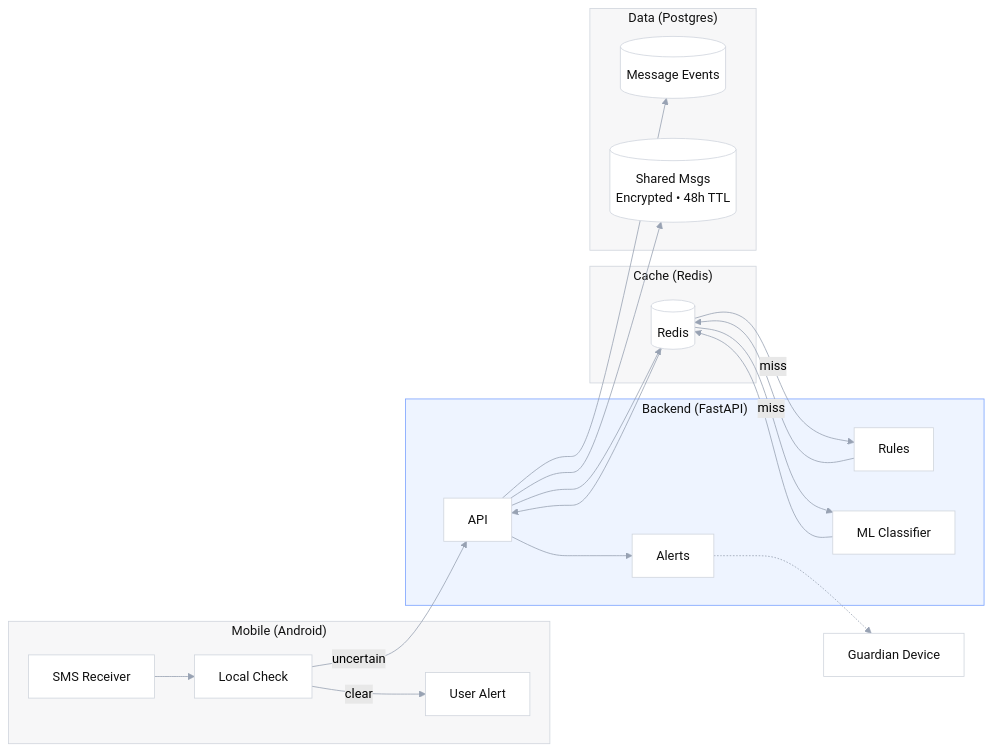
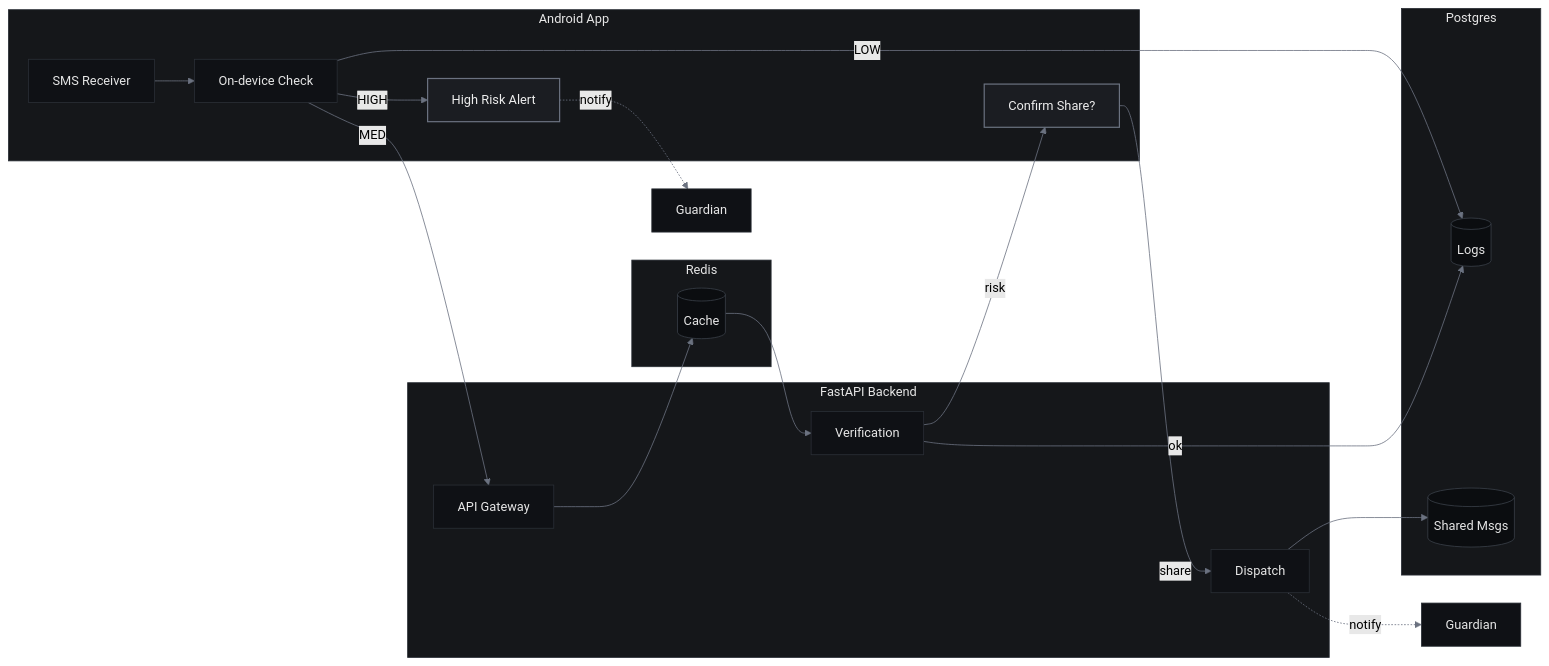
Before and after one commit to GA-Safety/Guardian-Agent: the diagram in README2.md, drawn with Mermaid (forest theme).

````diff
--- a/README2.md
+++ b/README2.md
@@ -56,56 +56,56 @@
 ```mermaid
 graph LR
-  %% Layout
-  subgraph Mobile["Mobile (Android)"]
+  %% --- Columns (left -> right) ---
+  subgraph FE["Android App"]
     SMS["SMS Receiver"]
-    Local["Local Check"]
-    UI["User Alert"]
+    Local["On-device Check"]
+    Hi["High Risk Alert"]
+    Med["Confirm Share?"]
   end
 
-  subgraph API["Backend (FastAPI)"]
-    Gateway["API"]
-    Rules["Rules"]
-    Model["ML Classifier"]
-    Alerts["Alerts"]
+  subgraph BE["FastAPI Backend"]
+    API["API Gateway"]
+    Verify["Verification"]
+    Dispatch["Dispatch"]
   end
 
-  subgraph Cache["Cache (Redis)"]
-    Redis[(Redis)]
+  subgraph C["Redis"]
+    R[(Cache)]
   end
 
-  subgraph Data["Data (Postgres)"]
-    Events[(Message Events)]
-    Shared[(Shared Msgs<br/>Encrypted • 48h TTL)]
+  subgraph D["Postgres"]
+    Logs[(Logs)]
+    Shared[(Shared Msgs)]
   end
 
-  %% Flow
+  %% --- Flow ---
   SMS --> Local
-  Local -->|"clear"| UI
-  Local -->|"uncertain"| Gateway
 
-  Gateway --> Redis
-  Redis -->|miss| Rules
-  Redis -->|miss| Model
-  Rules --> Redis
-  Model --> Redis
-  Redis --> Gateway
+  Local -->|"HIGH"| Hi
+  Hi -.->|"notify"| G1["Guardian"]
 
-  Gateway --> Events
-  Gateway --> Shared
-  Gateway --> Alerts
-  Alerts -.-> Guardian["Guardian Device"]
+  Local -->|"MED"| API
+  Local -->|"LOW"| Logs
 
-  %% Minimal styling
-  classDef panel fill:#F7F7F8,stroke:#D0D5DD,color:#111,stroke-width:1px;
-  classDef accent fill:#EEF4FF,stroke:#7AA2FF,color:#111,stroke-width:1px;
-  classDef store fill:#FFFFFF,stroke:#D0D5DD,color:#111,stroke-width:1px;
-  classDef node fill:#FFFFFF,stroke:#D0D5DD,color:#111,stroke-width:1px;
+  API --> R
+  R --> Verify
+  Verify -->|"risk"| Med
+  Verify -->|"ok"| Logs
 
-  class Mobile,Cache,Data panel;
-  class API accent;
-  class Redis,Events,Shared store;
-  class SMS,Local,UI,Gateway,Rules,Model,Alerts,Guardian node;
+  Med -->|"share"| Dispatch
+  Dispatch -.->|"notify"| G2["Guardian"]
+  Dispatch --> Shared
 
-  linkStyle default stroke:#98A2B3,stroke-width:1px;
+  %% --- Dark minimal styling ---
+  classDef panel fill:#15171A,stroke:#2A2F36,color:#E6E6E6,stroke-width:1px;
+  classDef node  fill:#0F1115,stroke:#2A2F36,color:#E6E6E6,stroke-width:1px;
+  classDef store fill:#0B0D10,stroke:#3A404A,color:#E6E6E6,stroke-width:1px;
+  classDef warn  fill:#1B1D22,stroke:#6B7280,color:#EDEDED,stroke-width:1.5px;
 
+  class FE,BE,C,D panel;
+  class SMS,Local,API,Verify,Dispatch,G1,G2 node;
+  class Logs,Shared,R store;
+  class Hi,Med warn;
+
+  linkStyle default stroke:#6B7280,stroke-width:1px;
 ```
````
